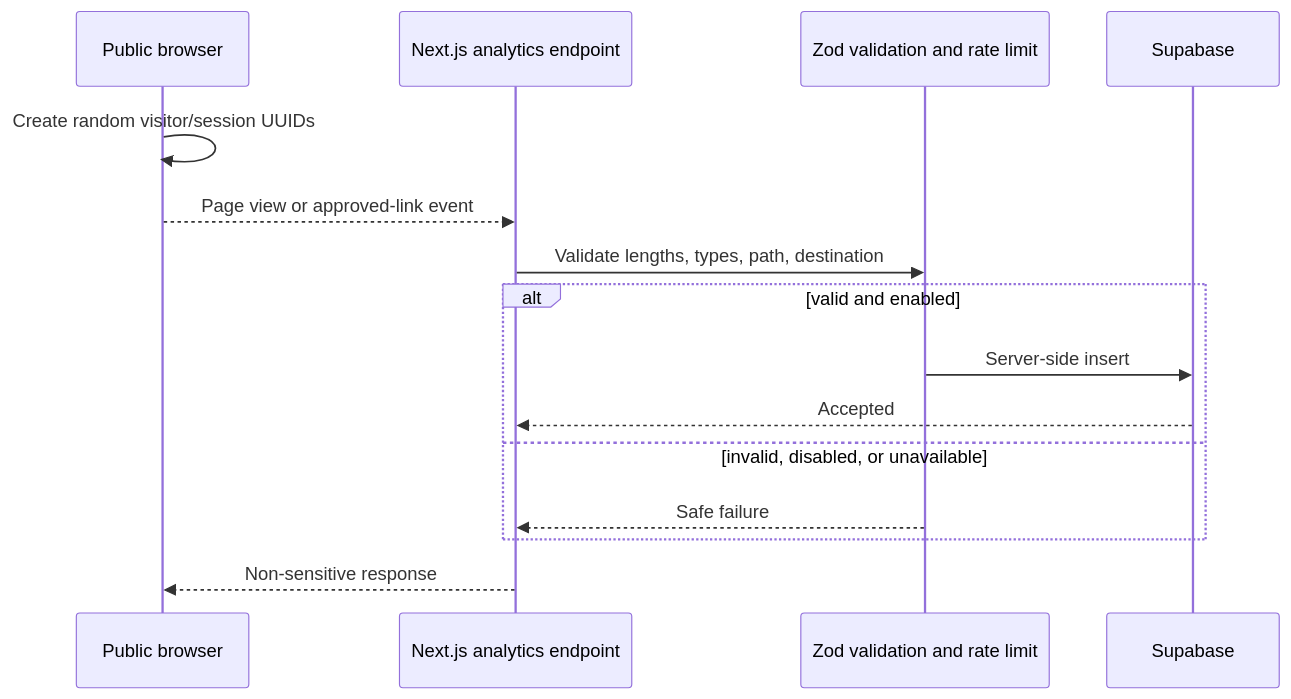
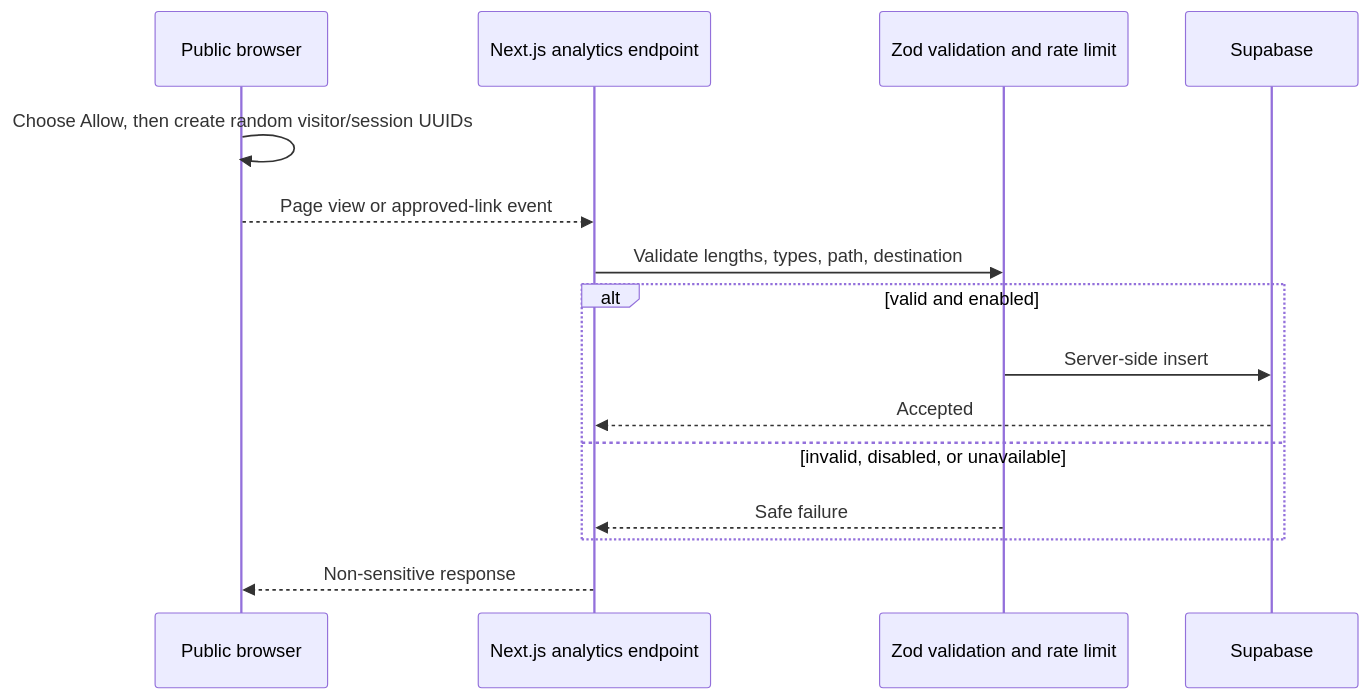
Before and after one commit to nikkineilcarino/VillaVesselaAirbnb: the third of 4 diagrams in ARCHITECTURE.md, drawn with Mermaid. The commit also changed other lines of this file and 29 other files, not shown here.

````diff
--- a/ARCHITECTURE.md
+++ b/ARCHITECTURE.md
@@ -131,17 +132,17 @@
 ```mermaid
 sequenceDiagram
     participant B as Public browser
     participant E as Next.js analytics endpoint
     participant V as Zod validation and rate limit
     participant S as Supabase
-    B->>B: Create random visitor/session UUIDs
+    B->>B: Choose Allow, then create random visitor/session UUIDs
     B-->>E: Page view or approved-link event
     E->>V: Validate lengths, types, path, destination
     alt valid and enabled
         V->>S: Server-side insert
         S-->>E: Accepted
     else invalid, disabled, or unavailable
         V-->>E: Safe failure
     end
     E-->>B: Non-sensitive response
 ```
````
